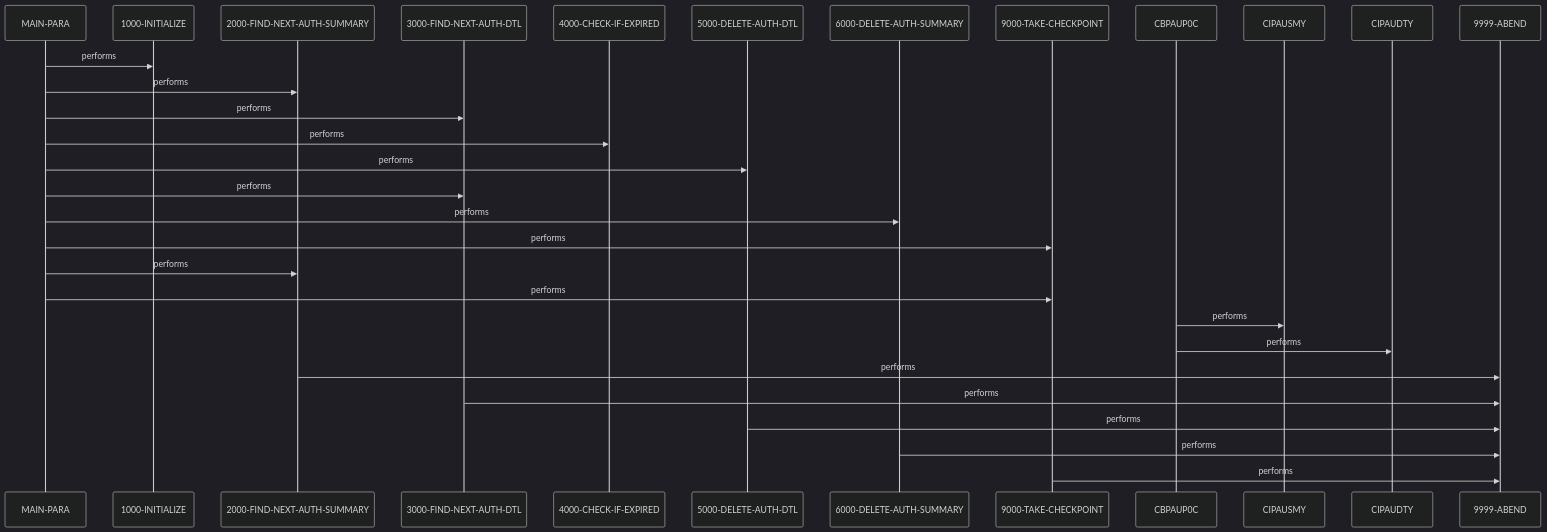
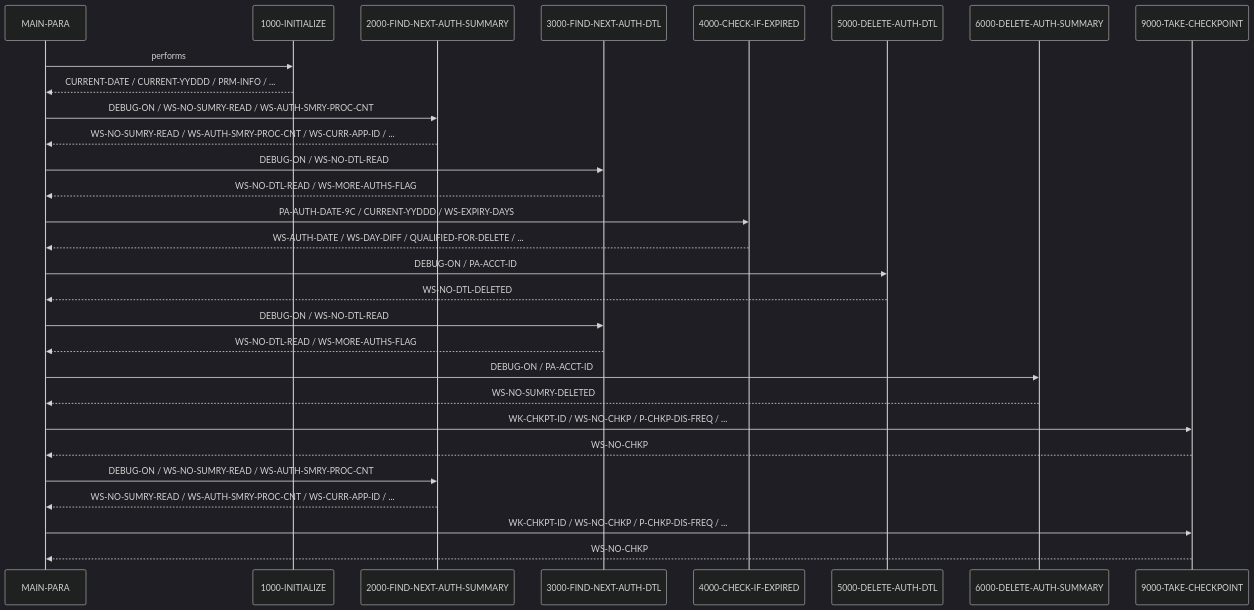
The second of 2 diagrams in example_output/cbl/CBPAUP0C.cbl.md (andrasfe/war_rig), drawn with Mermaid (dark theme) before and after one commit. The commit also changed other lines of this file and 223 other files, not shown here.

````diff
--- a/example_output/cbl/CBPAUP0C.cbl.md
+++ b/example_output/cbl/CBPAUP0C.cbl.md
@@ -301,32 +143,31 @@
 ```mermaid
 sequenceDiagram
     participant MAIN_PARA as MAIN-PARA
     participant 1000_INITIALIZE as 1000-INITIALIZE
     participant 2000_FIND_NEXT_AUTH_SUMMARY as 2000-FIND-NEXT-AUTH-SUMMARY
     participant 3000_FIND_NEXT_AUTH_DTL as 3000-FIND-NEXT-AUTH-DTL
     participant 4000_CHECK_IF_EXPIRED as 4000-CHECK-IF-EXPIRED
     participant 5000_DELETE_AUTH_DTL as 5000-DELETE-AUTH-DTL
     participant 6000_DELETE_AUTH_SUMMARY as 6000-DELETE-AUTH-SUMMARY
     participant 9000_TAKE_CHECKPOINT as 9000-TAKE-CHECKPOINT
-    participant CBPAUP0C as CBPAUP0C
-    participant CIPAUSMY as CIPAUSMY
-    participant CIPAUDTY as CIPAUDTY
-    participant 9999_ABEND as 9999-ABEND
     MAIN_PARA->>1000_INITIALIZE: performs
-    MAIN_PARA->>2000_FIND_NEXT_AUTH_SUMMARY: performs
-    MAIN_PARA->>3000_FIND_NEXT_AUTH_DTL: performs
-    MAIN_PARA->>4000_CHECK_IF_EXPIRED: performs
-    MAIN_PARA->>5000_DELETE_AUTH_DTL: performs
-    MAIN_PARA->>3000_FIND_NEXT_AUTH_DTL: performs
-    MAIN_PARA->>6000_DELETE_AUTH_SUMMARY: performs
-    MAIN_PARA->>9000_TAKE_CHECKPOINT: performs
-    MAIN_PARA->>2000_FIND_NEXT_AUTH_SUMMARY: performs
-    MAIN_PARA->>9000_TAKE_CHECKPOINT: performs
-    CBPAUP0C->>CIPAUSMY: performs
-    CBPAUP0C->>CIPAUDTY: performs
-    2000_FIND_NEXT_AUTH_SUMMARY->>9999_ABEND: performs
-    3000_FIND_NEXT_AUTH_DTL->>9999_ABEND: performs
-    5000_DELETE_AUTH_DTL->>9999_ABEND: performs
-    6000_DELETE_AUTH_SUMMARY->>9999_ABEND: performs
-    9000_TAKE_CHECKPOINT->>9999_ABEND: performs
+    1000_INITIALIZE-->>MAIN_PARA: CURRENT-DATE / CURRENT-YYDDD / PRM-INFO / ...
+    MAIN_PARA->>2000_FIND_NEXT_AUTH_SUMMARY: DEBUG-ON / WS-NO-SUMRY-READ / WS-AUTH-SMRY-PROC-CNT
+    2000_FIND_NEXT_AUTH_SUMMARY-->>MAIN_PARA: WS-NO-SUMRY-READ / WS-AUTH-SMRY-PROC-CNT / WS-CURR-APP-ID / ...
+    MAIN_PARA->>3000_FIND_NEXT_AUTH_DTL: DEBUG-ON / WS-NO-DTL-READ
+    3000_FIND_NEXT_AUTH_DTL-->>MAIN_PARA: WS-NO-DTL-READ / WS-MORE-AUTHS-FLAG
+    MAIN_PARA->>4000_CHECK_IF_EXPIRED: PA-AUTH-DATE-9C / CURRENT-YYDDD / WS-EXPIRY-DAYS
+    4000_CHECK_IF_EXPIRED-->>MAIN_PARA: WS-AUTH-DATE / WS-DAY-DIFF / QUALIFIED-FOR-DELETE / ...
+    MAIN_PARA->>5000_DELETE_AUTH_DTL: DEBUG-ON / PA-ACCT-ID
+    5000_DELETE_AUTH_DTL-->>MAIN_PARA: WS-NO-DTL-DELETED
+    MAIN_PARA->>3000_FIND_NEXT_AUTH_DTL: DEBUG-ON / WS-NO-DTL-READ
+    3000_FIND_NEXT_AUTH_DTL-->>MAIN_PARA: WS-NO-DTL-READ / WS-MORE-AUTHS-FLAG
+    MAIN_PARA->>6000_DELETE_AUTH_SUMMARY: DEBUG-ON / PA-ACCT-ID
+    6000_DELETE_AUTH_SUMMARY-->>MAIN_PARA: WS-NO-SUMRY-DELETED
+    MAIN_PARA->>9000_TAKE_CHECKPOINT: WK-CHKPT-ID / WS-NO-CHKP / P-CHKP-DIS-FREQ / ...
+    9000_TAKE_CHECKPOINT-->>MAIN_PARA: WS-NO-CHKP
+    MAIN_PARA->>2000_FIND_NEXT_AUTH_SUMMARY: DEBUG-ON / WS-NO-SUMRY-READ / WS-AUTH-SMRY-PROC-CNT
+    2000_FIND_NEXT_AUTH_SUMMARY-->>MAIN_PARA: WS-NO-SUMRY-READ / WS-AUTH-SMRY-PROC-CNT / WS-CURR-APP-ID / ...
+    MAIN_PARA->>9000_TAKE_CHECKPOINT: WK-CHKPT-ID / WS-NO-CHKP / P-CHKP-DIS-FREQ / ...
+    9000_TAKE_CHECKPOINT-->>MAIN_PARA: WS-NO-CHKP
 ```
````
